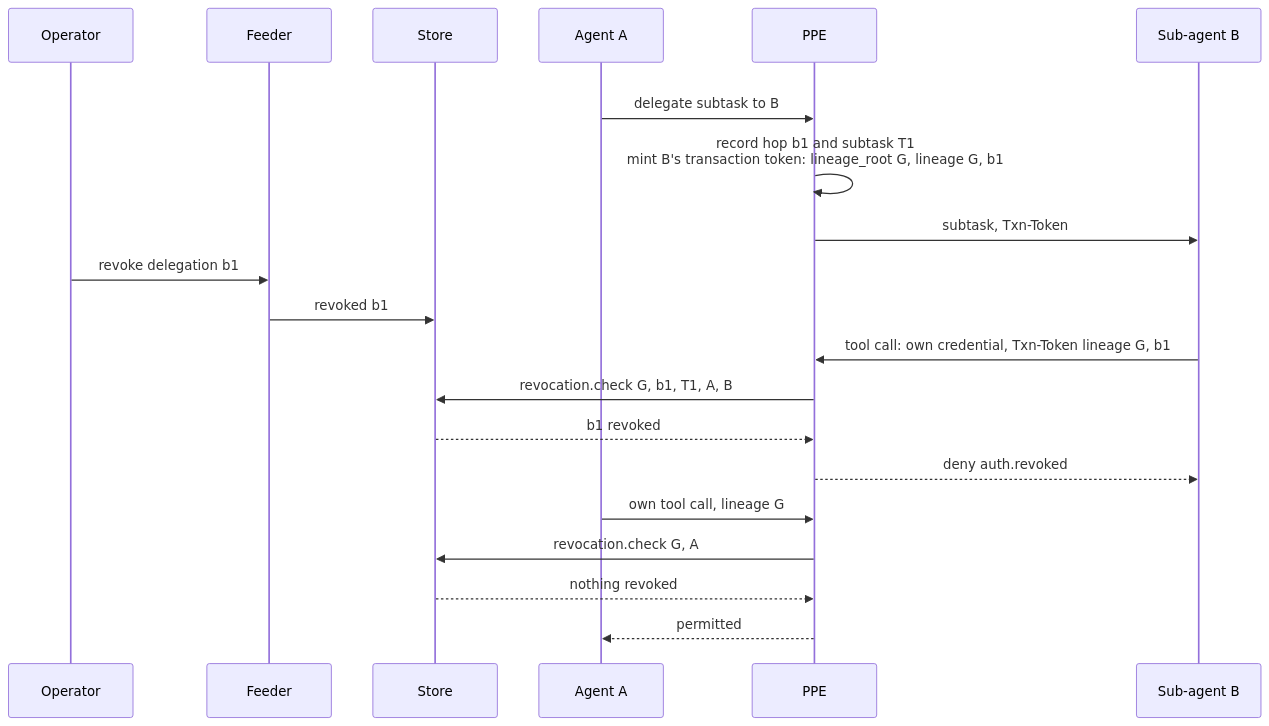
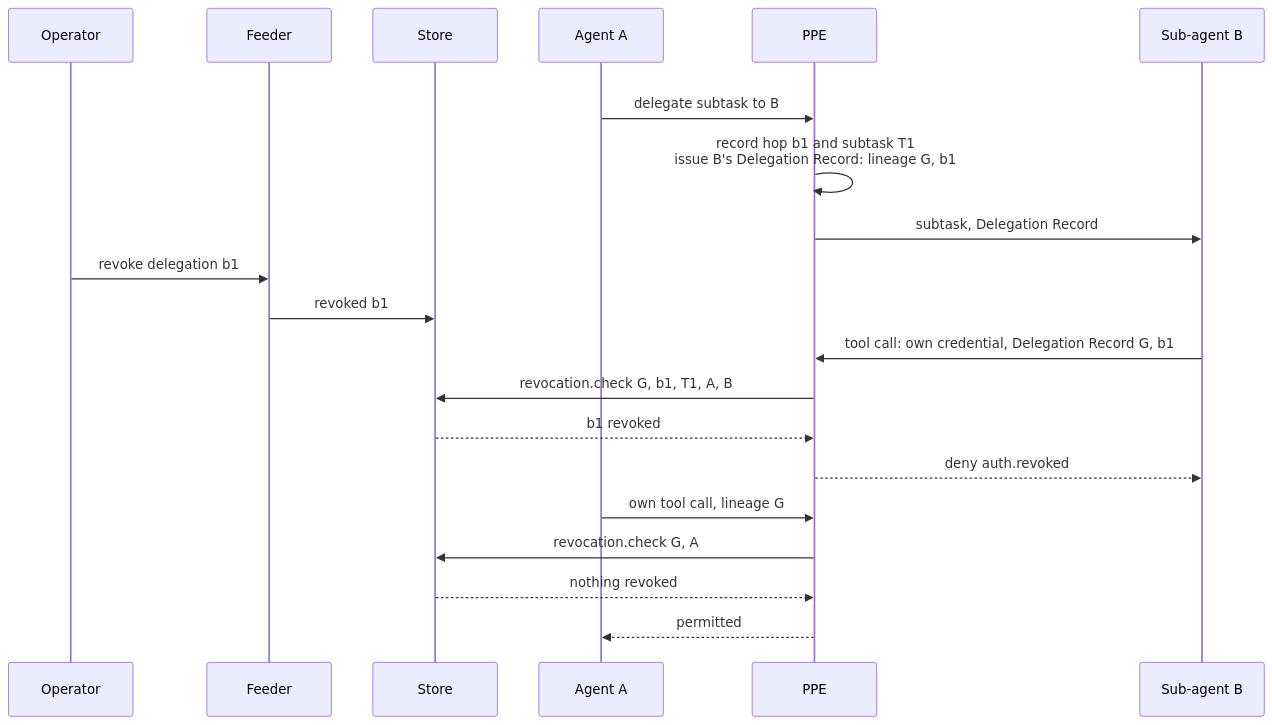
Before and after one commit to praxis-proxy/policy: the sixth of 9 diagrams in docs/brainstorms/2026-10-26-revocation-transaction-tokens-requirements.md, drawn with Mermaid. The commit also changed other lines of this file, not shown here.

Commit message:
docs(revocation): introduce delegation record for cross agent delegation

````diff
--- a/docs/brainstorms/2026-10-26-revocation-transaction-tokens-requirements.md
+++ b/docs/brainstorms/2026-10-26-revocation-transaction-tokens-requirements.md
@@ -592,25 +638,25 @@
 ```mermaid
 %%{init: {"theme": "default", "themeVariables": {"background": "#ffffff"}}}%%
 sequenceDiagram
     participant O as Operator
     participant F as Feeder
     participant S as Store
     participant A as Agent A
     participant P as PPE
     participant B as Sub-agent B
     rect rgb(255, 255, 255)
         A->>P: delegate subtask to B
-        P->>P: record hop b1 and subtask T1<br/>mint B's transaction token: lineage_root G, lineage G, b1
-        P->>B: subtask, Txn-Token
+        P->>P: record hop b1 and subtask T1<br/>issue B's Delegation Record: lineage G, b1
+        P->>B: subtask, Delegation Record
         O->>F: revoke delegation b1
         F->>S: revoked b1
-        B->>P: tool call: own credential, Txn-Token lineage G, b1
+        B->>P: tool call: own credential, Delegation Record G, b1
         P->>S: revocation.check G, b1, T1, A, B
         S-->>P: b1 revoked
         P-->>B: deny auth.revoked
         A->>P: own tool call, lineage G
         P->>S: revocation.check G, A
         S-->>P: nothing revoked
         P-->>A: permitted
     end
 ```
````
